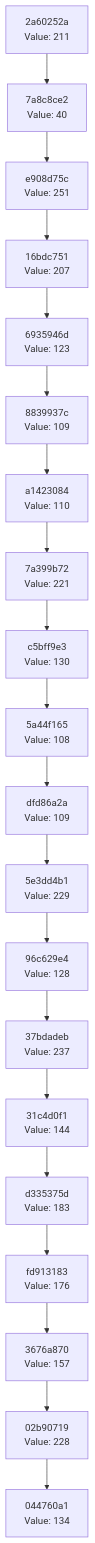
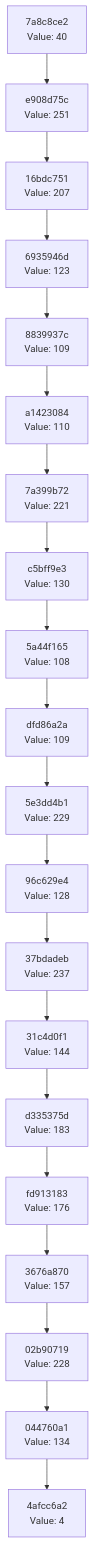
One commit to Abhisheksinha1506/hash-chain-evolver changed the diagram in docs/CHAIN_VISUALIZATION.md. Above: the diagram before and after it, drawn with Mermaid. The commit also changed 2 other files, not shown here.

Commit message:
Evolution step: hash 0x04 → action executed

````diff
--- a/docs/CHAIN_VISUALIZATION.md
+++ b/docs/CHAIN_VISUALIZATION.md
@@ -3,42 +3,42 @@
 ```mermaid
 graph TD
-    C0["044760a1<br/>Value: 134"]
-    C1["02b90719<br/>Value: 228"]
+    C0["4afcc6a2<br/>Value: 4"]
+    C1["044760a1<br/>Value: 134"]
     C1 --> C0
-    C2["3676a870<br/>Value: 157"]
+    C2["02b90719<br/>Value: 228"]
     C2 --> C1
-    C3["fd913183<br/>Value: 176"]
+    C3["3676a870<br/>Value: 157"]
     C3 --> C2
-    C4["d335375d<br/>Value: 183"]
+    C4["fd913183<br/>Value: 176"]
     C4 --> C3
-    C5["31c4d0f1<br/>Value: 144"]
+    C5["d335375d<br/>Value: 183"]
     C5 --> C4
-    C6["37bdadeb<br/>Value: 237"]
+    C6["31c4d0f1<br/>Value: 144"]
     C6 --> C5
-    C7["96c629e4<br/>Value: 128"]
+    C7["37bdadeb<br/>Value: 237"]
     C7 --> C6
-    C8["5e3dd4b1<br/>Value: 229"]
+    C8["96c629e4<br/>Value: 128"]
     C8 --> C7
-    C9["dfd86a2a<br/>Value: 109"]
+    C9["5e3dd4b1<br/>Value: 229"]
     C9 --> C8
-    C10["5a44f165<br/>Value: 108"]
+    C10["dfd86a2a<br/>Value: 109"]
     C10 --> C9
-    C11["c5bff9e3<br/>Value: 130"]
+    C11["5a44f165<br/>Value: 108"]
     C11 --> C10
-    C12["7a399b72<br/>Value: 221"]
+    C12["c5bff9e3<br/>Value: 130"]
     C12 --> C11
-    C13["a1423084<br/>Value: 110"]
+    C13["7a399b72<br/>Value: 221"]
     C13 --> C12
-    C14["8839937c<br/>Value: 109"]
+    C14["a1423084<br/>Value: 110"]
     C14 --> C13
-    C15["6935946d<br/>Value: 123"]
+    C15["8839937c<br/>Value: 109"]
     C15 --> C14
-    C16["16bdc751<br/>Value: 207"]
+    C16["6935946d<br/>Value: 123"]
     C16 --> C15
-    C17["e908d75c<br/>Value: 251"]
+    C17["16bdc751<br/>Value: 207"]
     C17 --> C16
-    C18["7a8c8ce2<br/>Value: 40"]
+    C18["e908d75c<br/>Value: 251"]
     C18 --> C17
-    C19["2a60252a<br/>Value: 211"]
+    C19["7a8c8ce2<br/>Value: 40"]
     C19 --> C18
 ```
````
